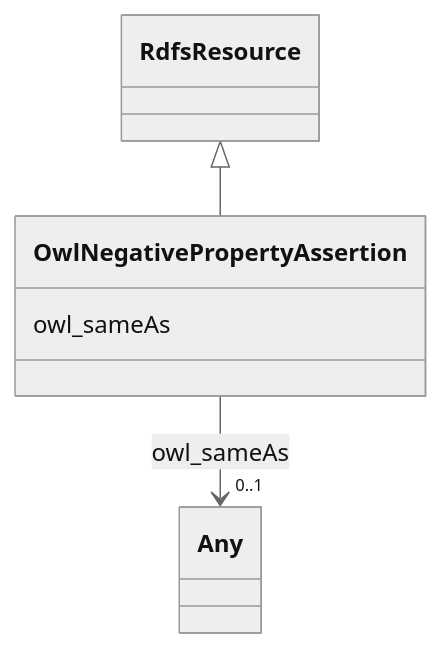
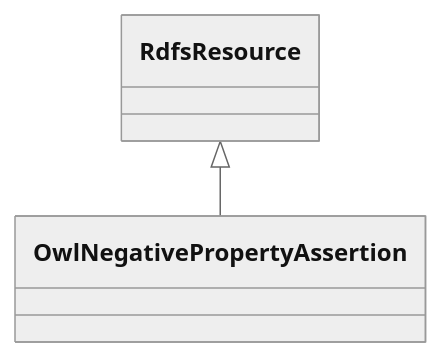
Before and after one commit to frink-okn/graph-descriptions: the diagram in fio-kg/classes/OwlNegativePropertyAssertion.md, drawn with Mermaid (neutral theme). The commit also changed other lines of this file and 447 other files, not shown here.

````diff
--- a/fio-kg/classes/OwlNegativePropertyAssertion.md
+++ b/fio-kg/classes/OwlNegativePropertyAssertion.md
@@ -23,18 +21,9 @@
 ```mermaid
  classDiagram
     class OwlNegativePropertyAssertion
     click OwlNegativePropertyAssertion href "../OwlNegativePropertyAssertion"
       RdfsResource <|-- OwlNegativePropertyAssertion
         click RdfsResource href "../RdfsResource"
       
-      OwlNegativePropertyAssertion : owl_sameAs
-        
-          
-    
-    
-    OwlNegativePropertyAssertion --> "0..1" Any : owl_sameAs
-    click Any href "../Any"
-
-        
       
 ```
````
